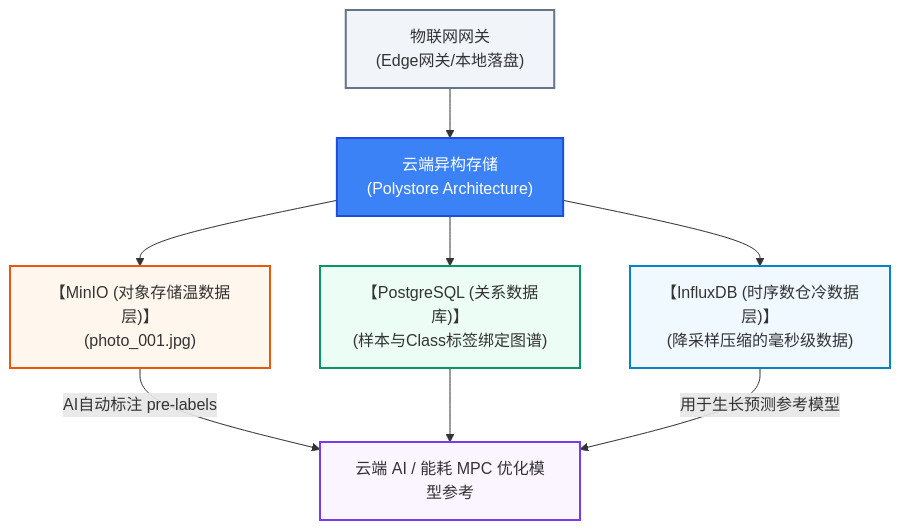
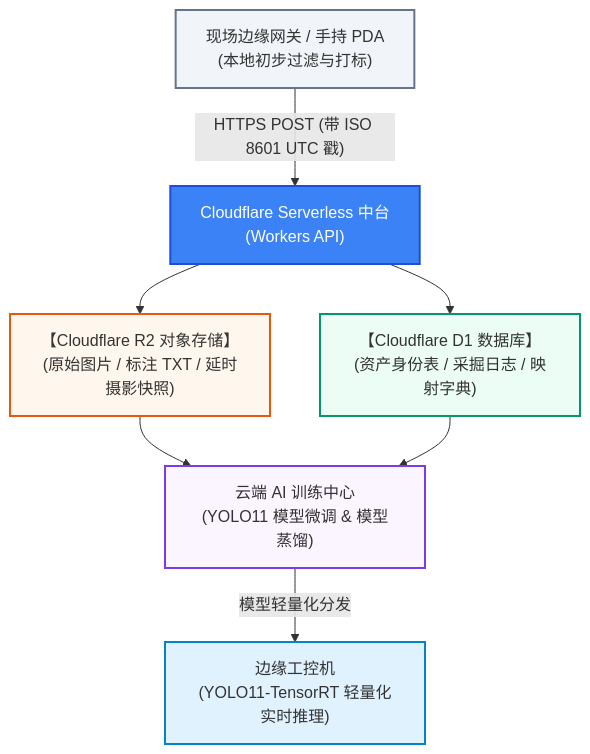
Before and after one commit to digitalboy/aquaponics: the second of 2 diagrams in docs/05_specifications/01_YOLO11活体生物数据集构建规范.md, drawn with Mermaid. The commit also changed other lines of this file and 17 other files, not shown here.

````diff
--- a/docs/05_specifications/01_YOLO11活体生物数据集构建规范.md
+++ b/docs/05_specifications/01_YOLO11活体生物数据集构建规范.md
@@ -96,30 +123,29 @@
 ```mermaid
 flowchart TD
     %% 节点定义
-    Gateway["物联网网关 <br>(Edge网关/本地落盘)"]
-    Polystore["云端异构存储 <br>(Polystore Architecture)"]
+    Gateway["现场边缘网关 / 手持 PDA<br>(本地初步过滤与打标)"]
+    Cloudflare["Cloudflare Serverless 中台<br>(Workers API)"]
     
-    MinIO["【MinIO (对象存储温数据层)】<br>(photo_001.jpg)"]
-    PG["【PostgreSQL (关系数据库)】<br>(样本与Class标签绑定图谱)"]
-    Influx["【InfluxDB (时序数仓冷数据层)】<br>(降采样压缩的毫秒级数据)"]
+    R2["【Cloudflare R2 对象存储】<br>(原始图片 / 标注 TXT / 延时摄影快照)"]
+    D1["【Cloudflare D1 数据库】<br>(资产身份表 / 采掘日志 / 映射字典)"]
     
-    Model["云端 AI / 能耗 MPC 优化模型参考"]
+    Trainer["云端 AI 训练中心<br>(YOLO11 模型微调 & 模型蒸馏)"]
+    EdgeInfer["边缘工控机<br>(YOLO11-TensorRT 轻量化实时推理)"]
 
     %% 连接关系
-    Gateway --> Polystore
-    Polystore --> MinIO
-    Polystore --> PG
-    Polystore --> Influx
+    Gateway -->|"HTTPS POST (带 ISO 8601 UTC 戳)"| Cloudflare
+    Cloudflare --> R2
+    Cloudflare --> D1
     
-    MinIO -->|AI自动标注 pre-labels| Model
-    PG --> Model
-    Influx -->|用于生长预测参考模型| Model
+    R2 --> Trainer
+    D1 --> Trainer
+    Trainer -->|"模型轻量化分发"| EdgeInfer
 
     %% 样式美化
     style Gateway fill:#f1f5f9,stroke:#64748b,stroke-width:2px;
-    style Polystore fill:#3b82f6,stroke:#1d4ed8,color:#fff,stroke-width:2px;
-    style MinIO fill:#fff7ed,stroke:#ea580c,stroke-width:2px;
-    style PG fill:#ecfdf5,stroke:#059669,stroke-width:2px;
-    style Influx fill:#f0f9ff,stroke:#0284c7,stroke-width:2px;
-    style Model fill:#faf5ff,stroke:#7c3aed,stroke-width:2px;
+    style Cloudflare fill:#3b82f6,stroke:#1d4ed8,color:#fff,stroke-width:2px;
+    style R2 fill:#fff7ed,stroke:#ea580c,stroke-width:2px;
+    style D1 fill:#ecfdf5,stroke:#059669,stroke-width:2px;
+    style Trainer fill:#faf5ff,stroke:#7c3aed,stroke-width:2px;
+    style EdgeInfer fill:#e0f2fe,stroke:#0284c7,stroke-width:2px;
 ```
````
